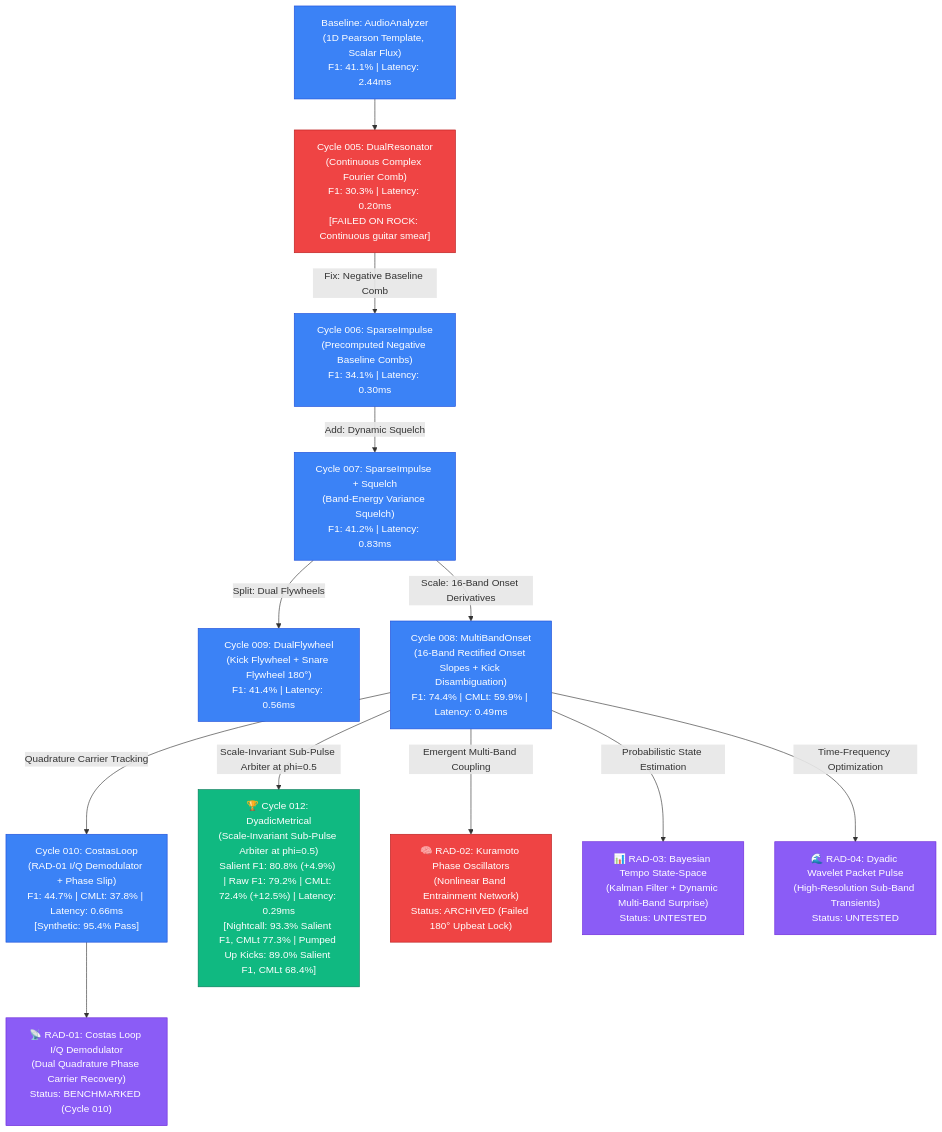
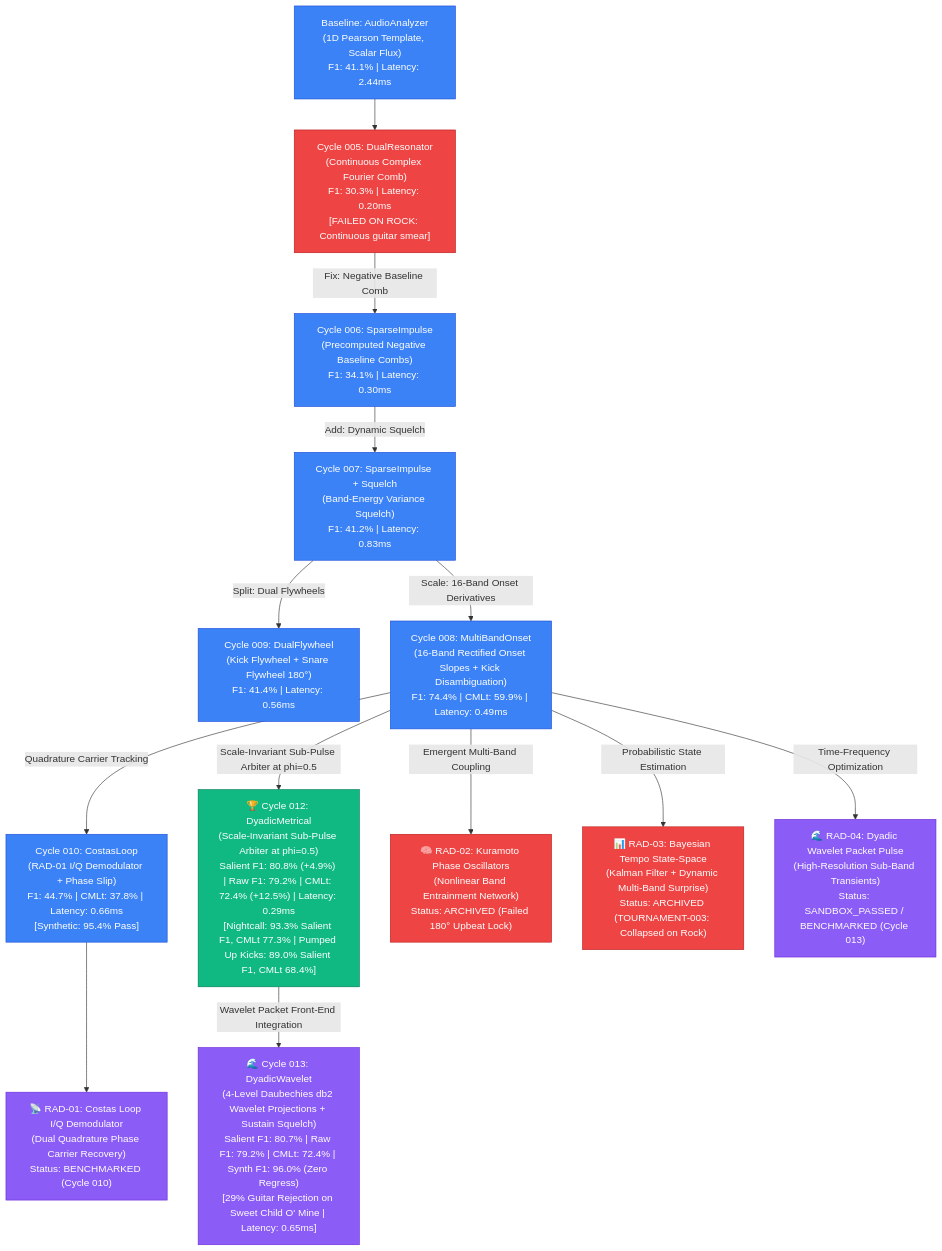
Before and after one commit to LucRobey/vialactee: the diagram in research/experiments/RESEARCH_IDEA_TREE.md, drawn with Mermaid. The commit also changed other lines of this file and 69 other files, not shown here.

````diff
--- a/research/experiments/RESEARCH_IDEA_TREE.md
+++ b/research/experiments/RESEARCH_IDEA_TREE.md
@@ -9,47 +21,51 @@
 ```mermaid
 graph TD
     classDef baseline fill:#3b82f6,stroke:#1d4ed8,color:#fff;
     classDef archived fill:#ef4444,stroke:#b91c1c,color:#fff;
     classDef sota fill:#10b981,stroke:#047857,color:#fff;
     classDef candidate fill:#8b5cf6,stroke:#6d28d9,color:#fff;
 
     BASE["Baseline: AudioAnalyzer<br/>(1D Pearson Template, Scalar Flux)<br/>F1: 41.1% | Latency: 2.44ms"]:::baseline
 
     %% Cycle 005
     C005["Cycle 005: DualResonator<br/>(Continuous Complex Fourier Comb)<br/>F1: 30.3% | Latency: 0.20ms<br/>[FAILED ON ROCK: Continuous guitar smear]"]:::archived
 
     %% Cycle 006 & 007
     C006["Cycle 006: SparseImpulse<br/>(Precomputed Negative Baseline Combs)<br/>F1: 34.1% | Latency: 0.30ms"]:::baseline
     C007["Cycle 007: SparseImpulse + Squelch<br/>(Band-Energy Variance Squelch)<br/>F1: 41.2% | Latency: 0.83ms"]:::baseline
 
     %% Cycle 009
     C009["Cycle 009: DualFlywheel<br/>(Kick Flywheel + Snare Flywheel 180°)<br/>F1: 41.4% | Latency: 0.56ms"]:::baseline
 
     %% Cycle 008 (Predecessor SOTA)
     C008["Cycle 008: MultiBandOnset<br/>(16-Band Rectified Onset Slopes + Kick Disambiguation)<br/>F1: 74.4% | CMLt: 59.9% | Latency: 0.49ms"]:::baseline
 
     %% Cycle 010
     C010["Cycle 010: CostasLoop<br/>(RAD-01 I/Q Demodulator + Phase Slip)<br/>F1: 44.7% | CMLt: 37.8% | Latency: 0.66ms<br/>[Synthetic: 95.4% Pass]"]:::baseline
 
     %% Cycle 012 (Current SOTA Champion)
     C012["🏆 Cycle 012: DyadicMetrical<br/>(Scale-Invariant Sub-Pulse Arbiter at phi=0.5)<br/>Salient F1: 80.8% (+4.9%) | Raw F1: 79.2% | CMLt: 72.4% (+12.5%) | Latency: 0.29ms<br/>[Nightcall: 93.3% Salient F1, CMLt 77.3% | Pumped Up Kicks: 89.0% Salient F1, CMLt 68.4%]"]:::sota
 
+    %% Cycle 013 (Dyadic Wavelet Packet Pulse Deconstruction)
+    C013["🌊 Cycle 013: DyadicWavelet<br/>(4-Level Daubechies db2 Wavelet Projections + Sustain Squelch)<br/>Salient F1: 80.7% | Raw F1: 79.2% | CMLt: 72.4% | Synth F1: 96.0% (Zero Regress)<br/>[29% Guitar Rejection on Sweet Child O' Mine | Latency: 0.65ms]"]:::candidate
+
     %% Radical Cross-Domain Candidates
     RAD01["📡 RAD-01: Costas Loop I/Q Demodulator<br/>(Dual Quadrature Phase Carrier Recovery)<br/>Status: BENCHMARKED (Cycle 010)"]:::candidate
     RAD02["🧠 RAD-02: Kuramoto Phase Oscillators<br/>(Nonlinear Band Entrainment Network)<br/>Status: ARCHIVED (Failed 180° Upbeat Lock)"]:::archived
-    RAD03["📊 RAD-03: Bayesian Tempo State-Space<br/>(Kalman Filter + Dynamic Multi-Band Surprise)<br/>Status: UNTESTED"]:::candidate
-    RAD04["🌊 RAD-04: Dyadic Wavelet Packet Pulse<br/>(High-Resolution Sub-Band Transients)<br/>Status: UNTESTED"]:::candidate
+    RAD03["📊 RAD-03: Bayesian Tempo State-Space<br/>(Kalman Filter + Dynamic Multi-Band Surprise)<br/>Status: ARCHIVED (TOURNAMENT-003: Collapsed on Rock)"]:::archived
+    RAD04["🌊 RAD-04: Dyadic Wavelet Packet Pulse<br/>(High-Resolution Sub-Band Transients)<br/>Status: SANDBOX_PASSED / BENCHMARKED (Cycle 013)"]:::candidate
 
     BASE --> C005
     C005 -->|Fix: Negative Baseline Comb| C006
     C006 -->|Add: Dynamic Squelch| C007
     C007 -->|Split: Dual Flywheels| C009
     C007 -->|Scale: 16-Band Onset Derivatives| C008
 
     C008 -->|Quadrature Carrier Tracking| C010
     C010 --> RAD01
     C008 -->|Emergent Multi-Band Coupling| RAD02
     C008 -->|Probabilistic State Estimation| RAD03
     C008 -->|Time-Frequency Optimization| RAD04
     C008 -->|Scale-Invariant Sub-Pulse Arbiter at phi=0.5| C012
+    C012 -->|Wavelet Packet Front-End Integration| C013
 ```
````
